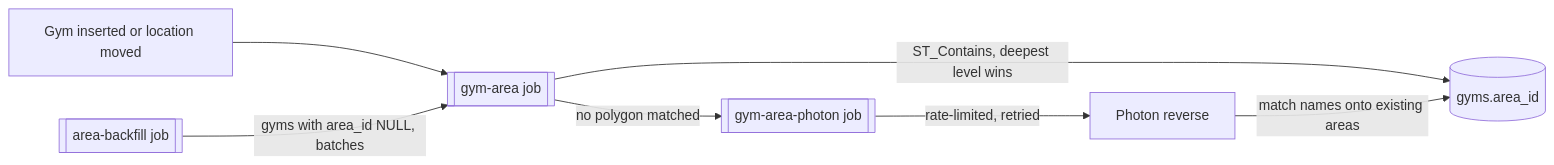
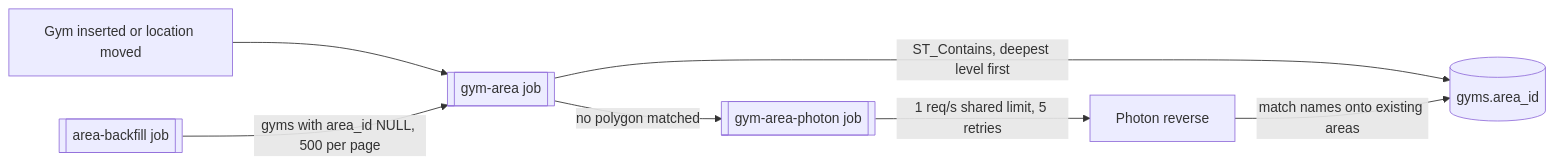
One commit to AbsentLung/GymFinder changed the diagram in LOCATION_NAMES.md. Above: the diagram before and after it, drawn with Mermaid. The commit also changed other lines of this file and 3 other files, not shown here.

````diff
--- a/LOCATION_NAMES.md
+++ b/LOCATION_NAMES.md
@@ -59,9 +73,9 @@
 ```mermaid
 flowchart LR
   W[Gym inserted or location moved] --> J1[[gym-area job]]
-  J1 -->|ST_Contains, deepest level wins| A[(gyms.area_id)]
+  J1 -->|ST_Contains, deepest level first| A[(gyms.area_id)]
   J1 -->|no polygon matched| J2[[gym-area-photon job]]
-  J2 -->|rate-limited, retried| P[Photon reverse]
+  J2 -->|1 req/s shared limit, 5 retries| P[Photon reverse]
   P -->|match names onto existing areas| A
-  B[[area-backfill job]] -->|gyms with area_id NULL, batches| J1
+  B[[area-backfill job]] -->|gyms with area_id NULL, 500 per page| J1
 ```
````
